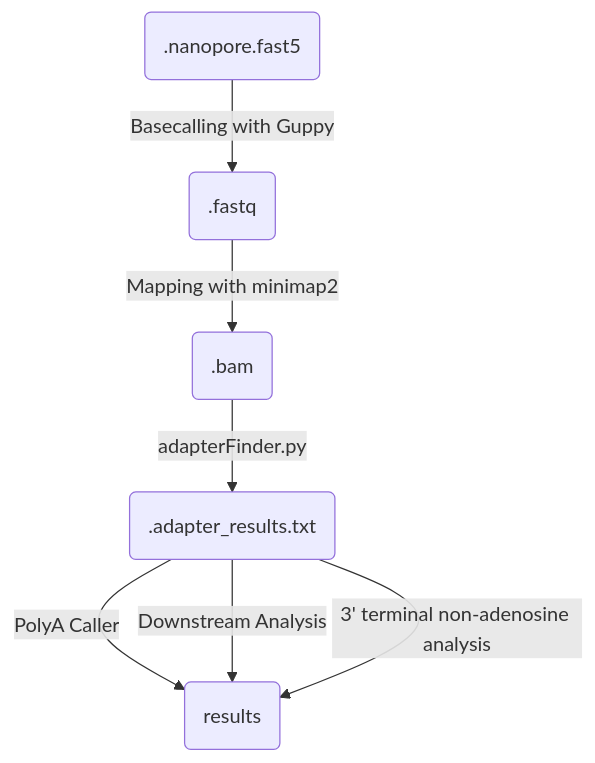
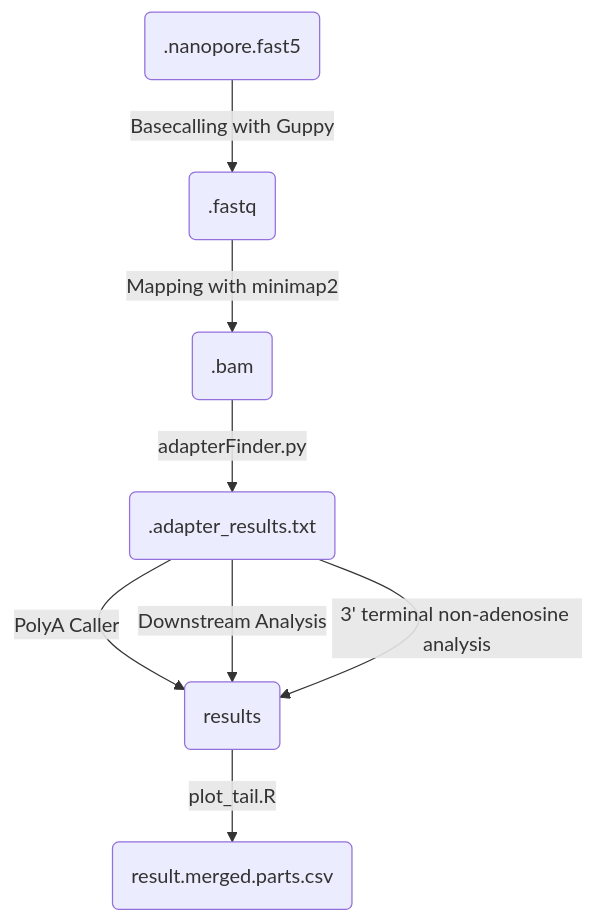
One commit to jackson-peter/NanoRACE changed the diagram in README.md. Above: the diagram before and after it, drawn with Mermaid. The commit also changed other lines of this file and 2 other files, not shown here.

````diff
--- a/README.md
+++ b/README.md
@@ -19,10 +16,11 @@
 ```mermaid
 graph TD
     A(.nanopore.fast5) --> |Basecalling with Guppy| B(.fastq)
     B --> |Mapping with minimap2| C(.bam)
     C --> |adapterFinder.py| D(.adapter_results.txt)
     D --> |PolyA Caller| E(results)
     D --> |Downstream Analysis|E(results)
     D --> |3' terminal non-adenosine analysis|E(results)
+    E --> |plot_tail.R| F(result.merged.parts.csv)
 
 ```
````
